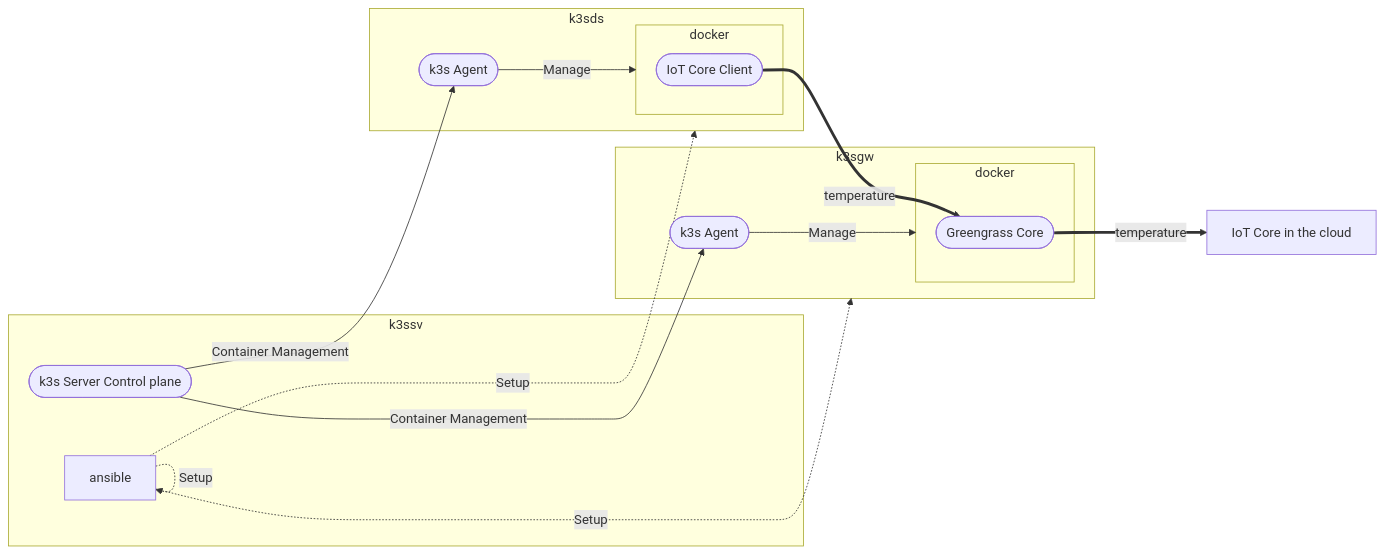
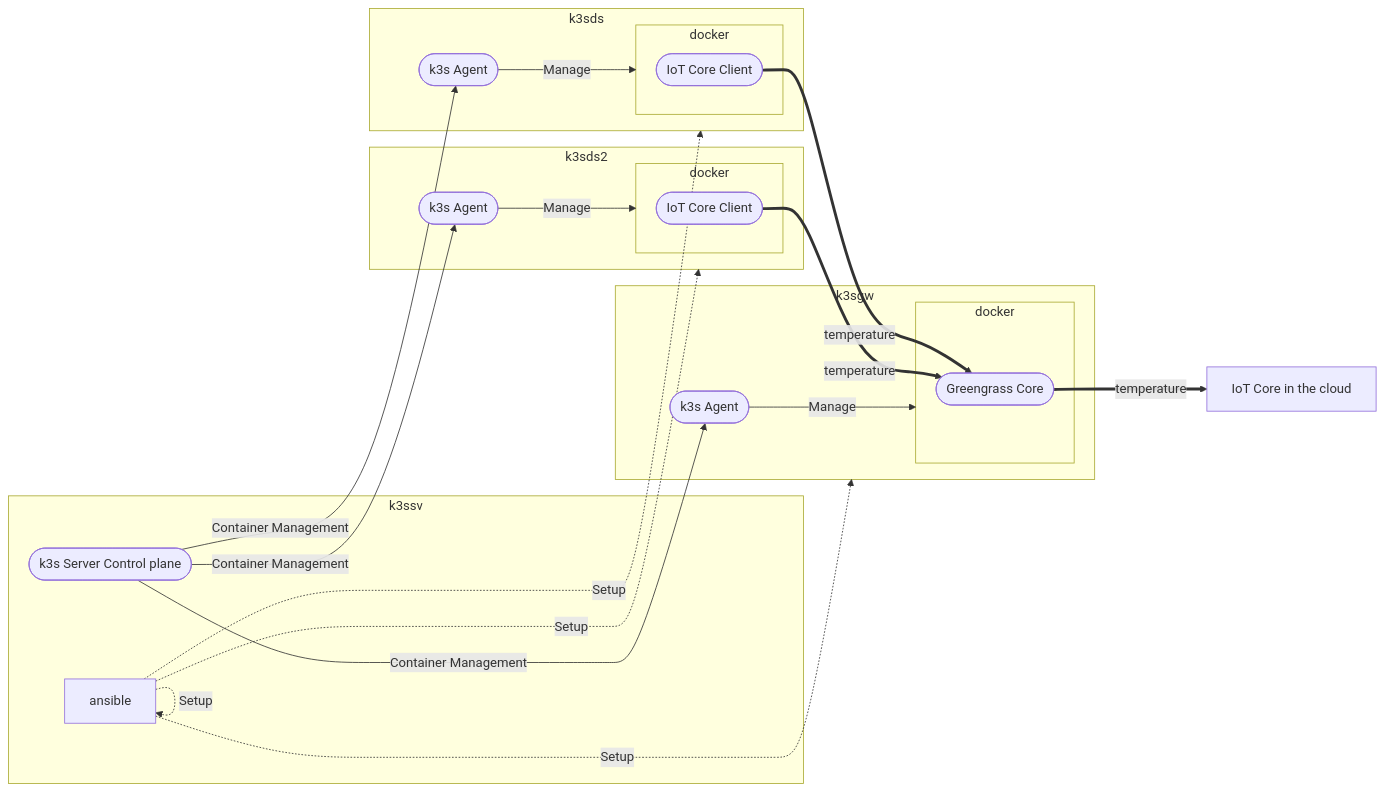
The diagram in ansible/README.md (emboss369/2023-k8s-Team), drawn with Mermaid before and after one commit. The commit also changed other lines of this file, not shown here.

Commit message:
Update README.md
modify document about the 2nd client setup

````diff
--- a/ansible/README.md
+++ b/ansible/README.md
@@ -39,29 +39,40 @@
 ```mermaid
 flowchart LR
     subgraph k3ssv
     k3sserver([k3s Server Control plane])
     ansible
     end
     subgraph k3sgw
     k3sagent([k3s Agent ])
     subgraph docker
       ggc([Greengrass Core])
     end
     end
     subgraph k3sds
     k3sagent2([k3s Agent ])
     subgraph docker2[docker]
       client([IoT Core Client])
     end
     end
+
+    subgraph k3sds2
+    k3sagent3([k3s Agent ])
+    subgraph docker3[docker]
+      client2([IoT Core Client])
+    end
+    end
     
     k3sserver -- Container Management --> 
     k3sagent -- Manage --> docker
     k3sserver -- Container Management --> k3sagent2
     k3sagent2 -- Manage --> docker2
+    k3sserver -- Container Management --> k3sagent3
+    k3sagent3 -- Manage --> docker3
     client == temperature ==> ggc
+    client2 == temperature ==> ggc
     ggc == temperature ==> cloud[IoT Core in the cloud]
     ansible -. Setup .-> k3sds
+    ansible -. Setup .-> k3sds2
     ansible -. Setup .->  k3sgw
     ansible -. Setup .->  ansible
 ```
````
